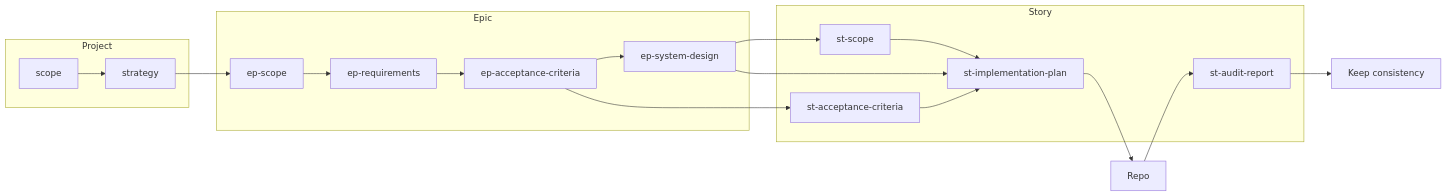
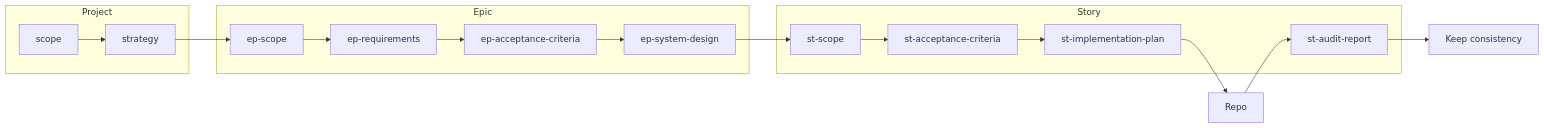
Before and after one commit to asubbot/personal-assistant: the second of 2 diagrams in ai-sdlc/specification/pipeline.spec.md, drawn with Mermaid. The commit also changed other lines of this file, not shown here.

Commit message:
Pipeline: single chain in summary diagram (context for AI); note ep_ac in st_ac context in §4 and caption
Made-with: Cursor

````diff
--- a/ai-sdlc/specification/pipeline.spec.md
+++ b/ai-sdlc/specification/pipeline.spec.md
@@ -98,26 +100,21 @@
 ```mermaid
 flowchart LR
   subgraph project [Project]
     scope[scope]
     strategy[strategy]
   end
   subgraph epic [Epic]
     ep_scope[ep-scope]
     ep_req[ep-requirements]
     ep_ac[ep-acceptance-criteria]
     ep_design[ep-system-design]
   end
   subgraph story [Story]
     st_scope[st-scope]
     st_ac[st-acceptance-criteria]
     st_impl[st-implementation-plan]
     st_audit[st-audit-report]
   end
-  scope --> strategy --> ep_scope --> ep_req --> ep_ac --> ep_design --> st_scope
-  ep_ac --> st_ac
-  st_scope --> st_impl
-  st_ac --> st_impl
-  ep_design --> st_impl
-  st_impl --> repo[Repo]
+  scope --> strategy --> ep_scope --> ep_req --> ep_ac --> ep_design --> st_scope --> st_ac --> st_impl --> repo[Repo]
   repo --> st_audit --> consistency[Keep consistency]
 ```
````
